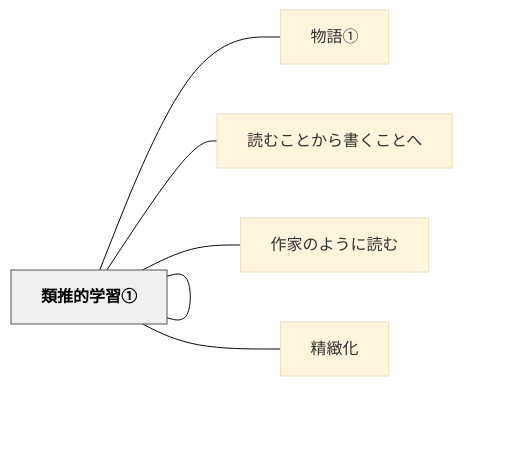
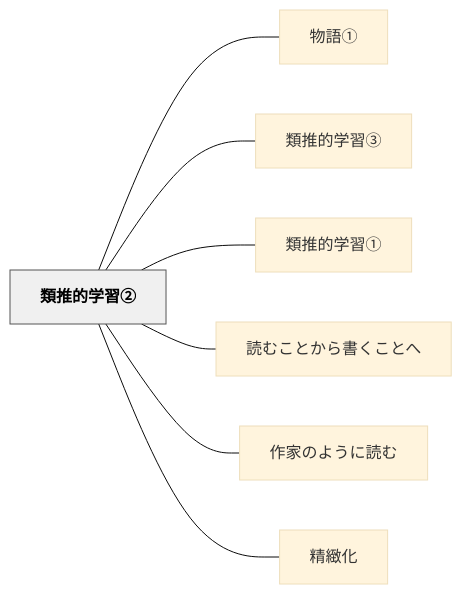
Before and after one commit to unknownthings-ed-patterns/unknownthings-ed-patterns: the diagram in content/パタン/類推的学習②.md, drawn with Mermaid (base theme). The commit also changed 527 other files, not shown here.

````diff
--- a/content/パタン/類推的学習②.md
+++ b/content/パタン/類推的学習②.md
@@ -121,20 +121,20 @@
 ```mermaid
 flowchart LR
-    ne9a19ee68ea8["類推的学習②"]
-    ne789a9e8aa9e["物語①"]
-    ne9a19ee68ea8["類推的学習③"]
-    ne9a19ee68ea8["類推的学習①"]
-    ne8aaade38280["読むことから書くことへ"]
-    ne4bd9ce5aeb6["作家のように読む"]
-    ne7b2bee7b7bb["精緻化"]
+    ne9a19ee68ea8e79a84e5ada6e7bf92e291a1["類推的学習②"]
+    ne789a9e8aa9ee291a0["物語①"]
+    ne9a19ee68ea8e79a84e5ada6e7bf92e291a2["類推的学習③"]
+    ne9a19ee68ea8e79a84e5ada6e7bf92e291a0["類推的学習①"]
+    ne8aaade38280e38193e381a8e3818be38289e69bb8e3818fe38193e381a8e381b8["読むことから書くことへ"]
+    ne4bd9ce5aeb6e381aee38288e38186e381abe8aaade38280["作家のように読む"]
+    ne7b2bee7b7bbe58c96["精緻化"]
 
-    ne9a19ee68ea8 --- ne789a9e8aa9e
-    ne9a19ee68ea8 --- ne9a19ee68ea8
-    ne9a19ee68ea8 --- ne9a19ee68ea8
-    ne9a19ee68ea8 --- ne8aaade38280
-    ne9a19ee68ea8 --- ne4bd9ce5aeb6
-    ne9a19ee68ea8 --- ne7b2bee7b7bb
+    ne9a19ee68ea8e79a84e5ada6e7bf92e291a1 --- ne789a9e8aa9ee291a0
+    ne9a19ee68ea8e79a84e5ada6e7bf92e291a1 --- ne9a19ee68ea8e79a84e5ada6e7bf92e291a2
+    ne9a19ee68ea8e79a84e5ada6e7bf92e291a1 --- ne9a19ee68ea8e79a84e5ada6e7bf92e291a0
+    ne9a19ee68ea8e79a84e5ada6e7bf92e291a1 --- ne8aaade38280e38193e381a8e3818be38289e69bb8e3818fe38193e381a8e381b8
+    ne9a19ee68ea8e79a84e5ada6e7bf92e291a1 --- ne4bd9ce5aeb6e381aee38288e38186e381abe8aaade38280
+    ne9a19ee68ea8e79a84e5ada6e7bf92e291a1 --- ne7b2bee7b7bbe58c96
 
     classDef hub fill:#f0f0f0,stroke:#555,color:#000,font-weight:bold
-    class ne9a19ee68ea8 hub
+    class ne9a19ee68ea8e79a84e5ada6e7bf92e291a1 hub
 ```
````
